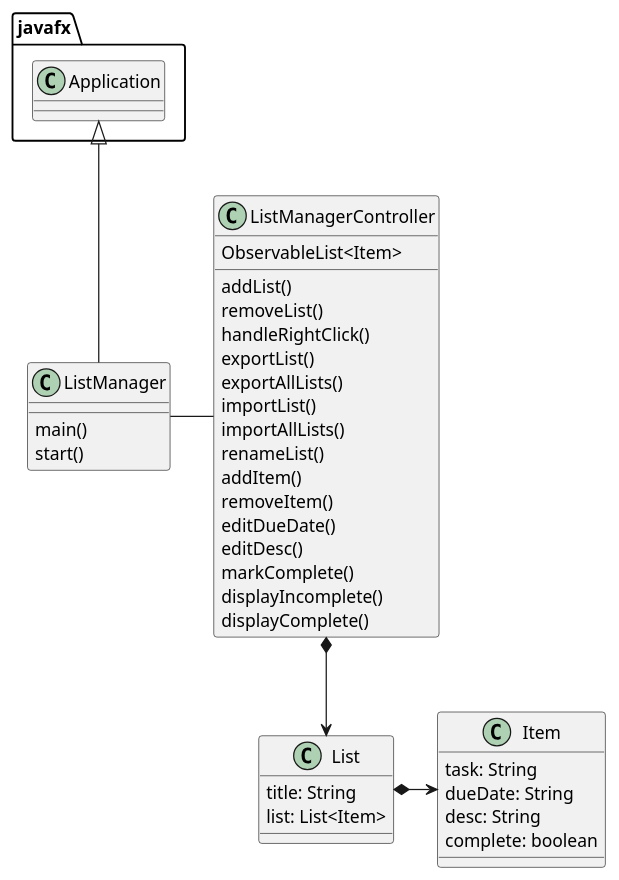
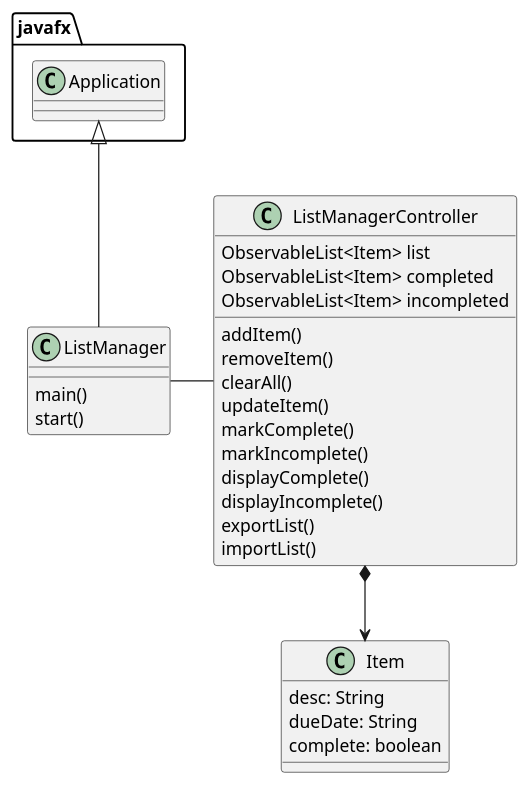
One commit to liamp616/pido-cop3330-assignment4part2 changed the diagram in uml/ClassDiagram.puml. Above: the diagram before and after it, drawn with PlantUML. The commit also changed 4 other files, not shown here.

Commit message:
initial solution (need to do export/import, tests, and make completed and distinct complete/incomplete)

```diff
--- a/uml/ClassDiagram.puml
+++ b/uml/ClassDiagram.puml
@@ -1,49 +1,38 @@
 @startuml
 'https://plantuml.com/class-diagram
 
 class ListManager {
     main()
     start()
 }
 
 class ListManagerController {
-    ObservableList<Item>
+    ObservableList<Item> list
+    ObservableList<Item> completed
+    ObservableList<Item> incompleted
 
-    addList()
-    removeList()
-    handleRightClick()
-    exportList()
-    exportAllLists()
-    importList()
-    importAllLists()
-    renameList()
     addItem()
     removeItem()
-    editDueDate()
-    editDesc()
+    clearAll()
+    updateItem()
     markComplete()
+    markIncomplete()
+    displayComplete()
     displayIncomplete()
-    displayComplete()
+    exportList()
+    importList()
 }
 
-
 class Item {
-    task: String
+    desc: String
     dueDate: String
-    desc: String
     complete: boolean
-}
-
-class List {
-    title: String
-    list: List<Item>
 }
 
 javafx.Application <|-- ListManager
 
 ListManager - ListManagerController
-ListManagerController *--> List
+ListManagerController *--> Item
 
-List *-> Item
 
 @enduml
```
